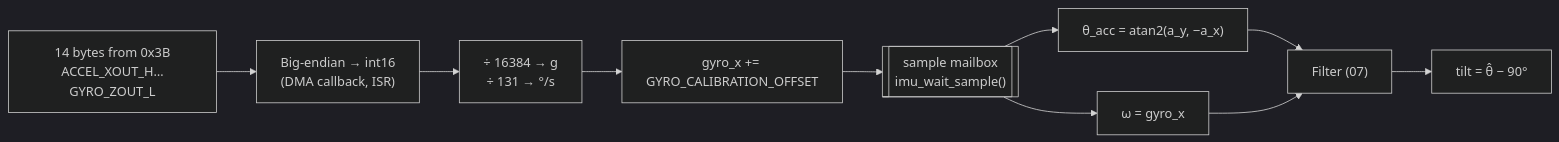
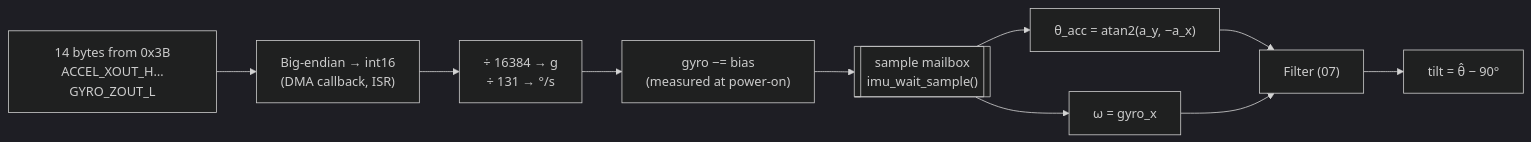
Before and after one commit to machadothi/balancing_robot: the diagram in docs/05-sensing-and-imu.md, drawn with Mermaid (dark theme). The commit also changed other lines of this file and 14 other files, not shown here.

First line of the commit message:
feat(imu): gyro bias calibration at power-on

````diff
--- a/docs/05-sensing-and-imu.md
+++ b/docs/05-sensing-and-imu.md
@@ -35,12 +35,12 @@
 ```mermaid
 flowchart LR
     REG["14 bytes from 0x3B<br/>ACCEL_XOUT_H…GYRO_ZOUT_L"] --> PARSE["Big-endian → int16<br/>(DMA callback, ISR)"]
     PARSE --> SCALE["÷ 16384 → g<br/>÷ 131 → °/s"]
-    SCALE --> CAL["gyro_x += GYRO_CALIBRATION_OFFSET"]
+    SCALE --> CAL["gyro −= bias<br/>(measured at power-on)"]
     CAL --> QUEUE[["sample mailbox<br/>imu_wait_sample()"]]
     QUEUE --> ACC["θ_acc = atan2(a_y, −a_x)"]
     QUEUE --> GYR["ω = gyro_x"]
     ACC --> FUSION["Filter (07)"]
     GYR --> FUSION
     FUSION --> TILT["tilt = θ̂ − 90°"]
 ```
````
